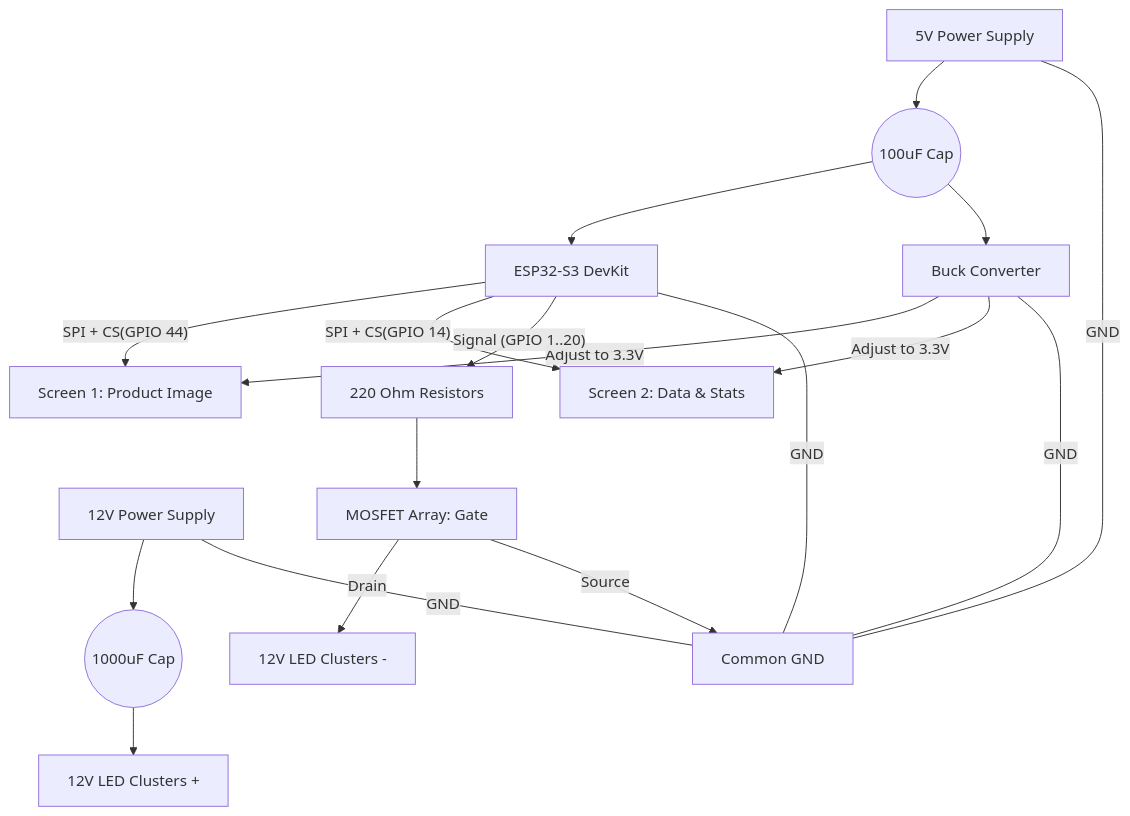
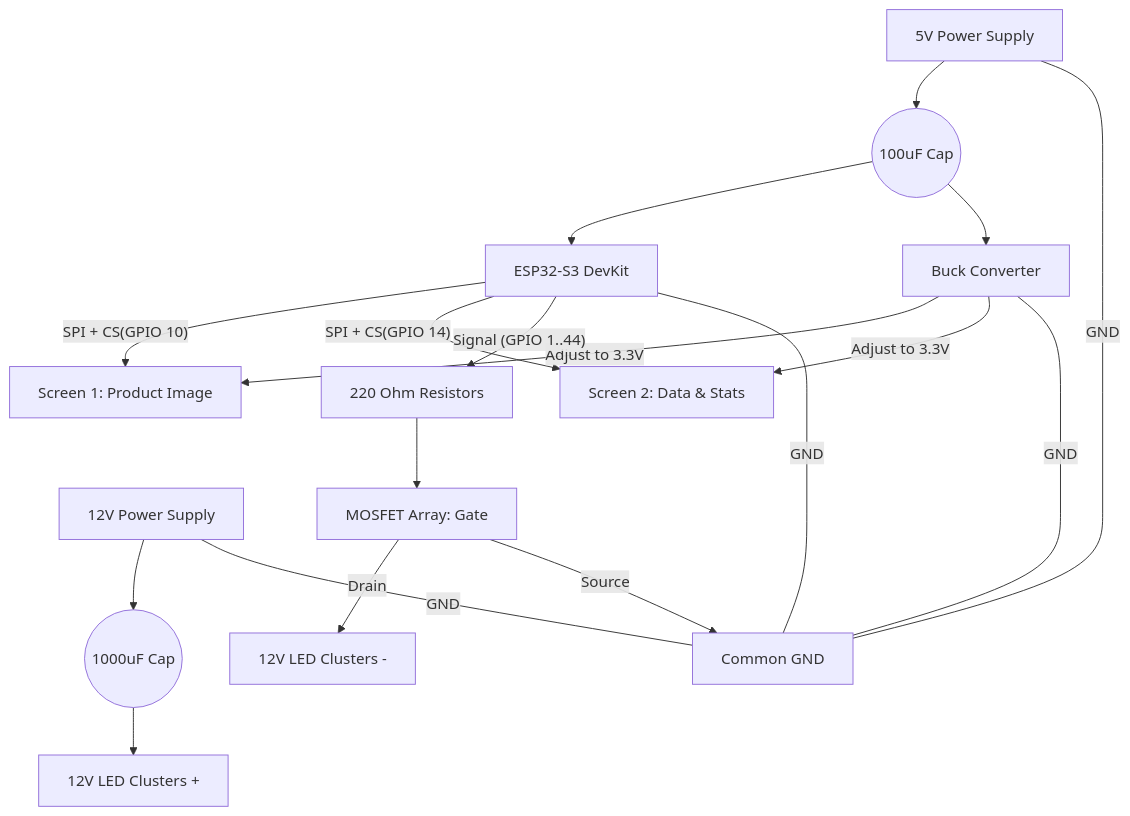
Before and after one commit to akashbiswas7074/krishi: the diagram in walkthrough.md, drawn with Mermaid. The commit also changed other lines of this file and 6 other files, not shown here.

````diff
--- a/walkthrough.md
+++ b/walkthrough.md
@@ -49,31 +53,31 @@
 ```mermaid
 graph TD
     %% Power Supplies
     PS_12V[12V Power Supply] --> Cap12V((1000uF Cap))
     Cap12V --> LEDS[12V LED Clusters +]
     
     PS_5V[5V Power Supply] --> Cap5V((100uF Cap))
     Cap5V --> ESP[ESP32-S3 DevKit]
     Cap5V --> Buck[Buck Converter]
     
     %% Screens
     Buck -- "Adjust to 3.3V" --> Scr1[Screen 1: Product Image]
     Buck -- "Adjust to 3.3V" --> Scr2[Screen 2: Data & Stats]
     
     %% Logic Connections
-    ESP -- "SPI + CS(GPIO 44)" --> Scr1
+    ESP -- "SPI + CS(GPIO 10)" --> Scr1
     ESP -- "SPI + CS(GPIO 14)" --> Scr2
     
     %% MOSFET Control
-    ESP -- "Signal (GPIO 1..20)" --> Resists[220 Ohm Resistors]
+    ESP -- "Signal (GPIO 1..44)" --> Resists[220 Ohm Resistors]
     Resists --> MOSFETs[MOSFET Array: Gate]
     
     MOSFETs -- "Drain" --> LEDS_GND[12V LED Clusters -]
     MOSFETs -- "Source" --> GND[Common GND]
     
     %% Shared Ground
     ESP -- GND --- GND
     PS_12V -- GND --- GND
     PS_5V -- GND --- GND
     Buck -- GND --- GND
 ```
````
